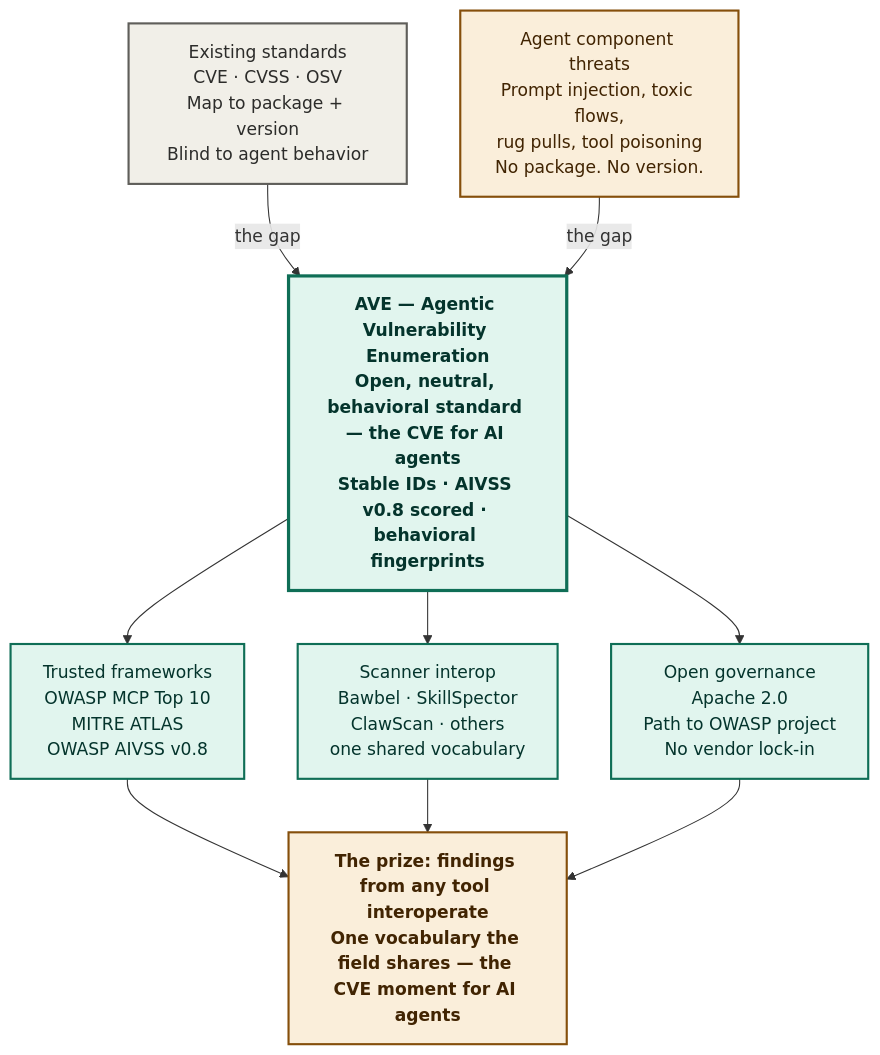
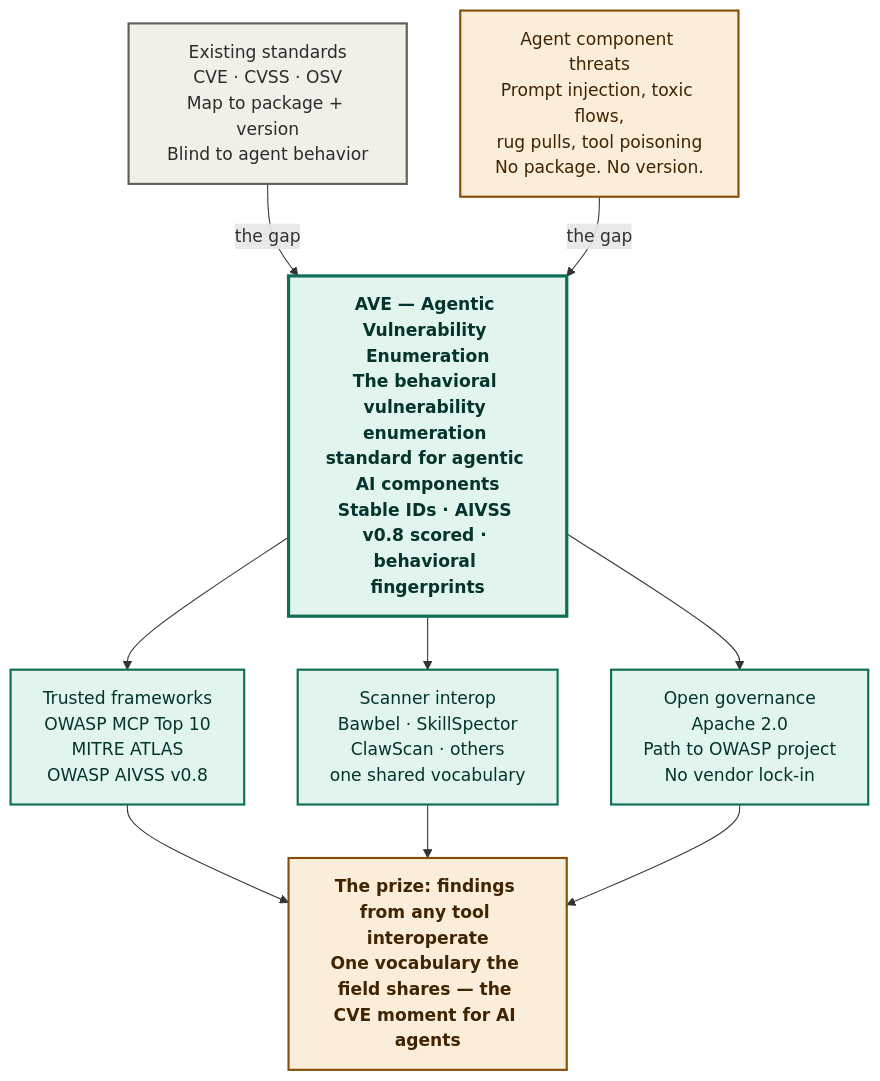
One commit to aveproject/ave changed the first of 2 diagrams in docs/architecture/ave-architecture.md. Above: the diagram before and after it, drawn with Mermaid. The commit also changed 233 other files, not shown here.

````diff
--- a/docs/architecture/ave-architecture.md
+++ b/docs/architecture/ave-architecture.md
@@ -19,34 +19,34 @@
 ```mermaid
 graph TB
     classDef gap fill:#F1EFE8,stroke:#5F5E5A,stroke-width:2px,color:#2C2C2A;
     classDef threat fill:#FAEEDA,stroke:#854F0B,stroke-width:2px,color:#412402;
     classDef ave fill:#E1F5EE,stroke:#0F6E56,stroke-width:3px,color:#04342C,font-weight:bold;
     classDef pillar fill:#E1F5EE,stroke:#0F6E56,stroke-width:2px,color:#04342C;
     classDef prize fill:#FAEEDA,stroke:#854F0B,stroke-width:2px,color:#412402,font-weight:bold;
 
     EXISTING["Existing standards<br>CVE · CVSS · OSV<br>Map to package + version<br>Blind to agent behavior"]
     THREAT["Agent component threats<br>Prompt injection, toxic flows,<br>rug pulls, tool poisoning<br>No package. No version."]
 
-    AVE["AVE — Agentic Vulnerability Enumeration<br>Open, neutral, behavioral standard — the CVE for AI agents<br>Stable IDs · AIVSS v0.8 scored · behavioral fingerprints"]
+    AVE["AVE — Agentic Vulnerability Enumeration<br>The behavioral vulnerability enumeration standard for agentic AI components<br>Stable IDs · AIVSS v0.8 scored · behavioral fingerprints"]
 
     P1["Trusted frameworks<br>OWASP MCP Top 10<br>MITRE ATLAS<br>OWASP AIVSS v0.8"]
     P2["Scanner interop<br>Bawbel · SkillSpector<br>ClawScan · others<br>one shared vocabulary"]
     P3["Open governance<br>Apache 2.0<br>Path to OWASP project<br>No vendor lock-in"]
 
     PRIZE["The prize: findings from any tool interoperate<br>One vocabulary the field shares — the CVE moment for AI agents"]
 
     EXISTING -->|the gap| AVE
     THREAT -->|the gap| AVE
     AVE --> P1
     AVE --> P2
     AVE --> P3
     P1 --> PRIZE
     P2 --> PRIZE
     P3 --> PRIZE
 
     class EXISTING gap
     class THREAT threat
     class AVE ave
     class P1,P2,P3 pillar
     class PRIZE prize
 ```
````
